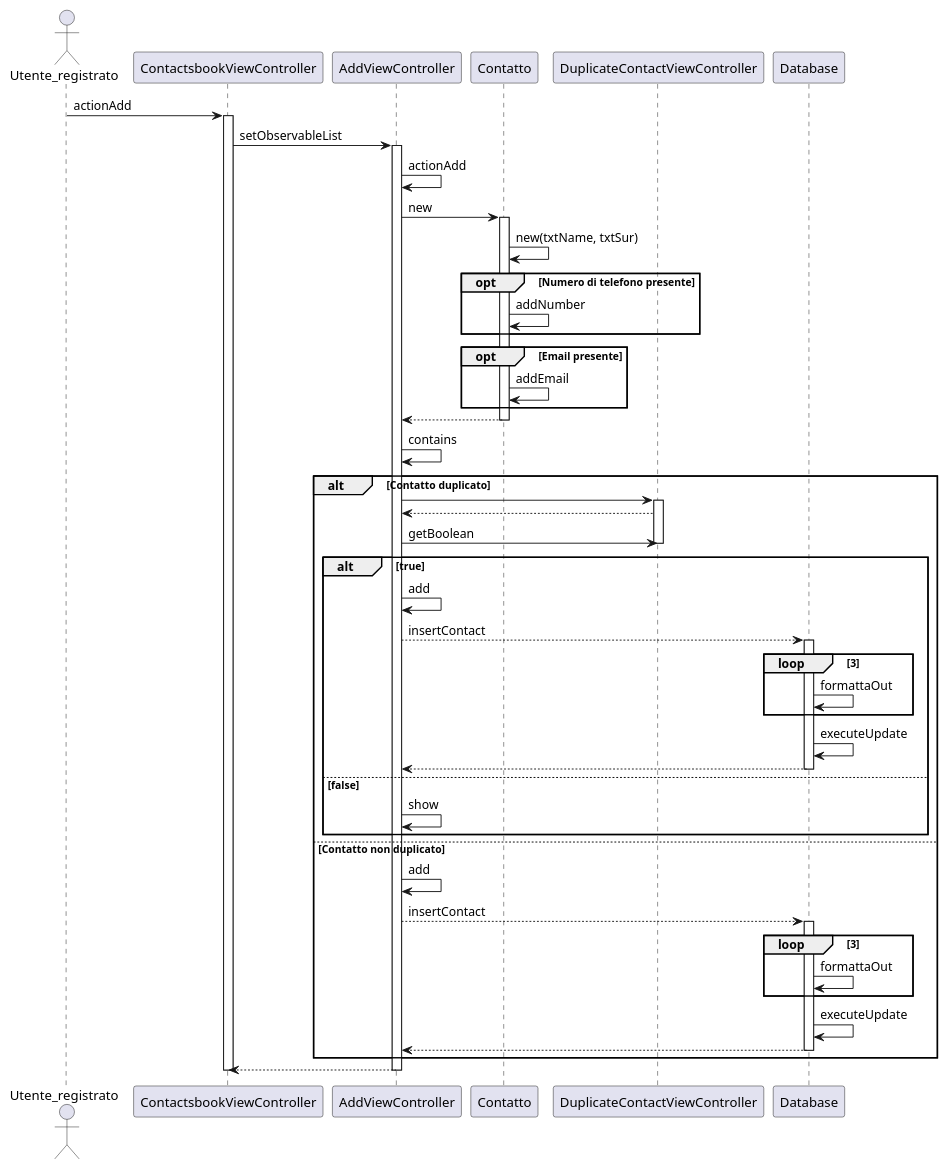
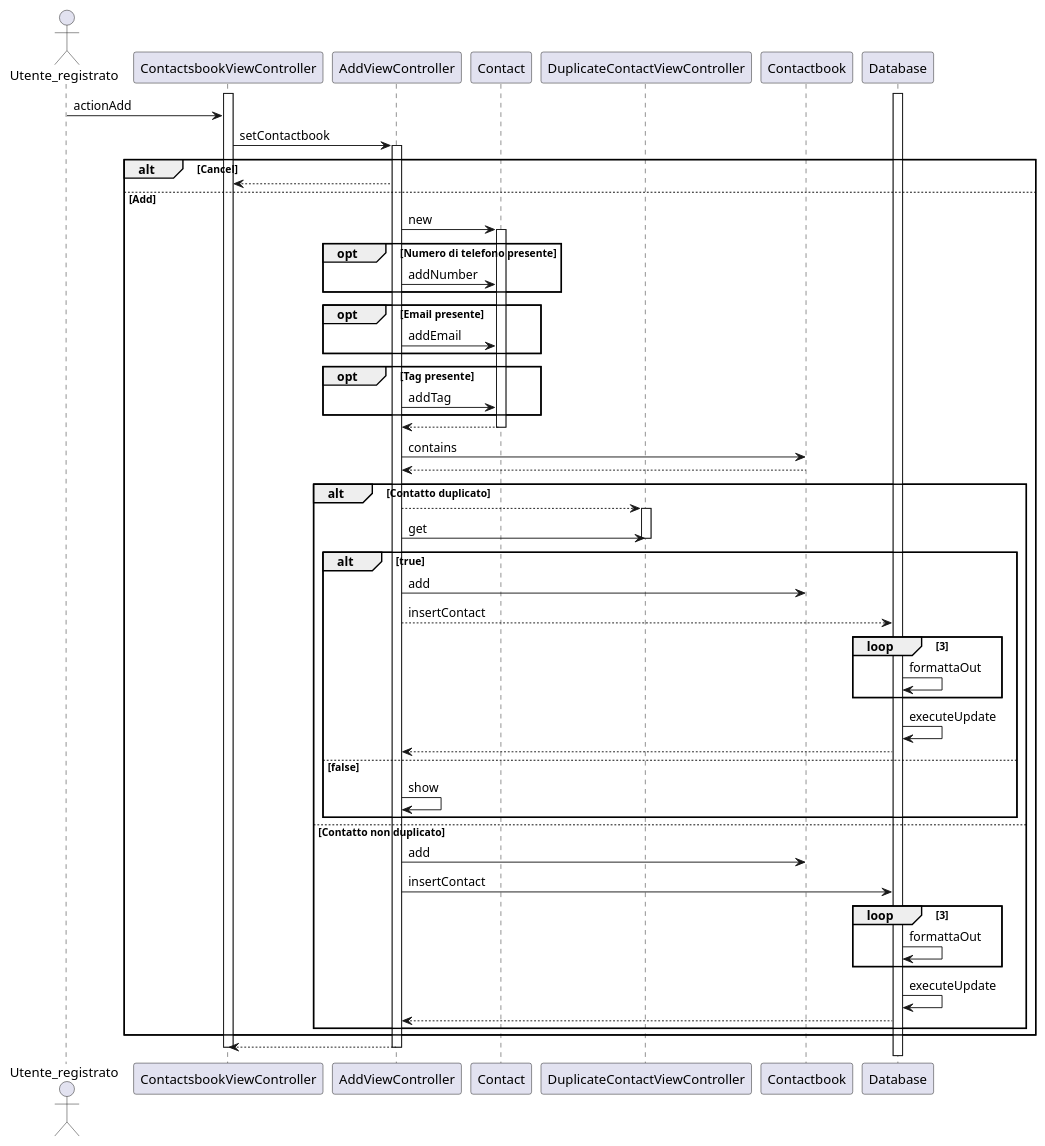
Before and after one commit to CupoMeridio/Ingegneria-del-software-2024-2025: the diagram in src/main/resources/SequenceDiagrams/SequenceDiagramm_actionAdd.puml, drawn with PlantUML. The commit also changed 2 other files, not shown here.

Commit message:
Diagrammi di sequenza aggiornati

```diff
--- a/src/main/resources/SequenceDiagrams/SequenceDiagramm_actionAdd.puml
+++ b/src/main/resources/SequenceDiagrams/SequenceDiagramm_actionAdd.puml
@@ -1,61 +1,65 @@
 @startuml
 actor Utente_registrato
 participant ContactsbookViewController
 participant AddViewController
-participant "Contatto" as Contact
+participant Contact
 participant DuplicateContactViewController
+participant Contactbook
 participant Database
 
+activate Database
+activate ContactsbookViewController
 Utente_registrato -> ContactsbookViewController: actionAdd
-activate ContactsbookViewController
-ContactsbookViewController->AddViewController: setObservableList
+ContactsbookViewController->AddViewController: setContactbook
 activate AddViewController
-AddViewController -> AddViewController: actionAdd
-AddViewController -> Contact: new
-activate Contact
-Contact->Contact: new(txtName, txtSur)
-opt Numero di telefono presente
-    Contact -> Contact: addNumber
-end
-opt Email presente
-    Contact -> Contact: addEmail
-end
-Contact --> AddViewController
-deactivate Contact
-AddViewController->AddViewController: contains
+alt Cancel
+    AddViewController-->ContactsbookViewController
+else Add
+    AddViewController -> Contact: new
+    activate Contact
+    opt Numero di telefono presente
+        AddViewController -> Contact: addNumber
+    end
+    opt Email presente
+        AddViewController -> Contact: addEmail
+    end
+    opt Tag presente
+        AddViewController->Contact: addTag
+    end
+    Contact --> AddViewController
+    deactivate Contact
+    AddViewController->Contactbook: contains
+    Contactbook-->AddViewController
 
-alt Contatto duplicato
-    AddViewController -> DuplicateContactViewController
-    activate DuplicateContactViewController
-    DuplicateContactViewController-->AddViewController
-    AddViewController->DuplicateContactViewController: getBoolean
-    deactivate DuplicateContactViewController 
-        alt true
-            AddViewController->AddViewController:add
-            AddViewController-->Database: insertContact
-            activate Database
-            loop 3
-             Database -> Database: formattaOut
-            end 
-            Database -> Database: executeUpdate
-            Database --> AddViewController
-            deactivate Database
-        else false
-            AddViewController->AddViewController:show
-        end
-else Contatto non duplicato
-AddViewController->AddViewController: add
-AddViewController-->Database: insertContact
-activate Database
-            loop 3
-             Database -> Database: formattaOut
-            end 
-            Database -> Database: executeUpdate
-            Database --> AddViewController
-            deactivate Database
+    alt Contatto duplicato
+        AddViewController --> DuplicateContactViewController
+        activate DuplicateContactViewController
+        AddViewController->DuplicateContactViewController:get
+        deactivate DuplicateContactViewController 
+            alt true
+                AddViewController->Contactbook:add
+                AddViewController-->Database: insertContact
+                loop 3
+                 Database -> Database: formattaOut
+                end 
+                Database -> Database: executeUpdate
+                Database --> AddViewController
+            else false
+                AddViewController->AddViewController:show
+            end
+    else Contatto non duplicato
+        AddViewController->Contactbook: add
+        AddViewController -> Database: insertContact 
+
+        loop 3
+         Database -> Database: formattaOut
+        end 
+        Database -> Database: executeUpdate
+        Database --> AddViewController
+    end
 end
 deactivate Contact
 AddViewController-->ContactsbookViewController
 deactivate AddViewController
 deactivate ContactsbookViewController
 @enduml 
```
